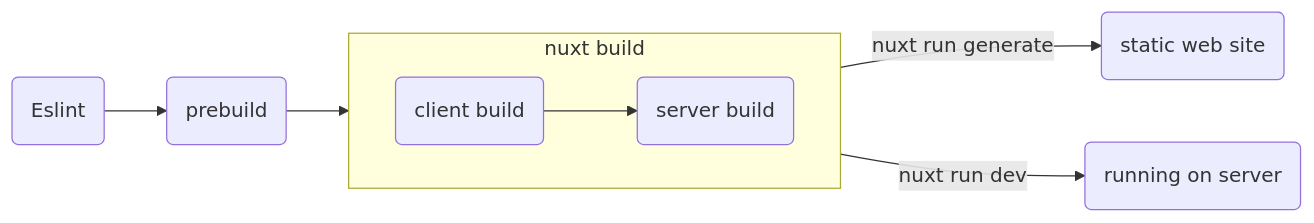
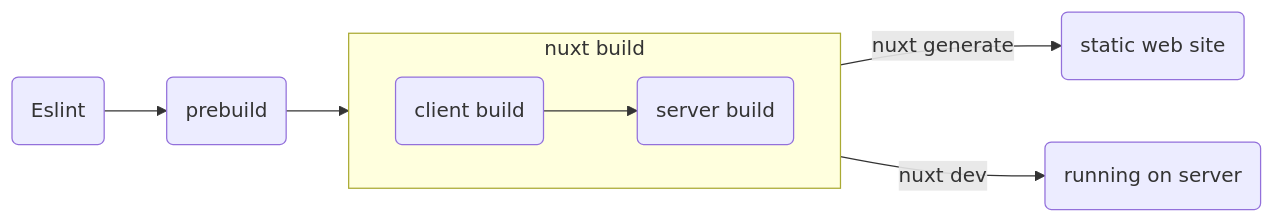
Before and after one commit to mouseless/learn-nuxt: the third of 3 diagrams in README.md, drawn with Mermaid. The commit also changed other lines of this file, not shown here.

````diff
--- a/README.md
+++ b/README.md
@@ -337,11 +337,11 @@
 ```mermaid
 flowchart LR
     subgraph nuxtbuild[nuxt build]
         direction LR
         CB(client build) --> SB(server build)
     end
     E(Eslint) --> P(prebuild)
     P --> nuxtbuild
-    nuxtbuild -->|nuxt run generate| SWS(static web site)
-    nuxtbuild -->|nuxt run dev| OS(running on server)
+    nuxtbuild -->|nuxt generate| SWS(static web site)
+    nuxtbuild -->|nuxt dev| OS(running on server)
 ```
````
